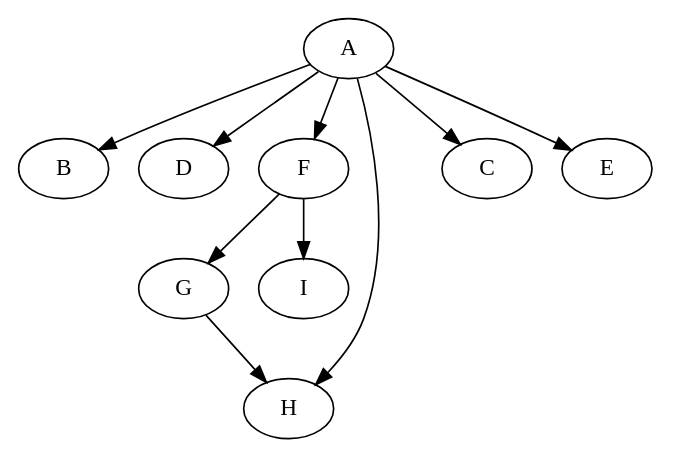
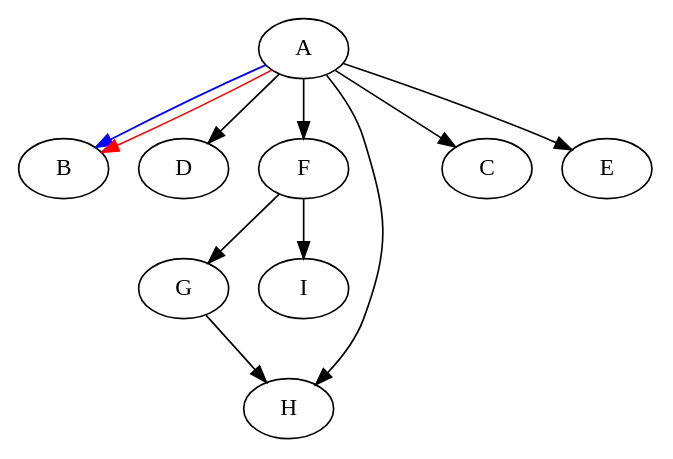
Before and after one commit to v4o6/cs410: the diagram in view/input.dot, drawn with Graphviz. The commit also changed 1 other file, not shown here.

```diff
--- a/view/input.dot
+++ b/view/input.dot
@@ -1,11 +1,12 @@
 digraph {
-	A -> B;
+	A -> B [color=blue];
 	A -> D;
 	A -> F;
 	A -> H;
 	A -> C;
 	A -> E;
 	F -> G;
 	F -> I;
 	G -> H;
+	A -> B [color=red];
 }
```
